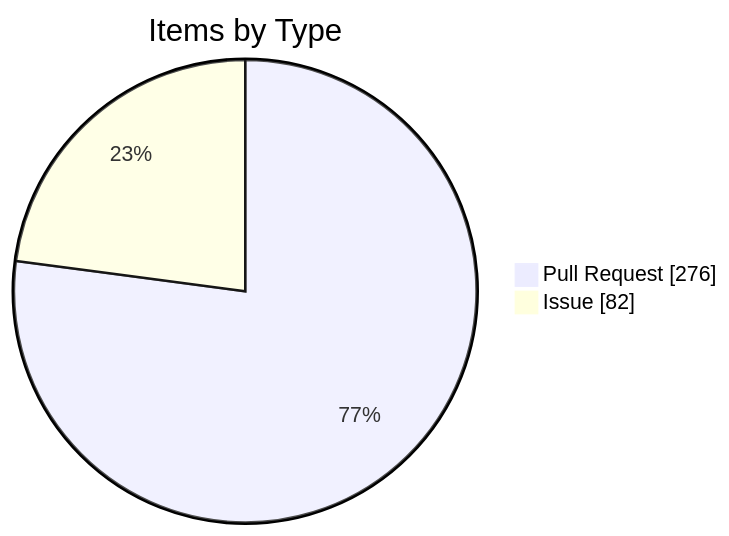
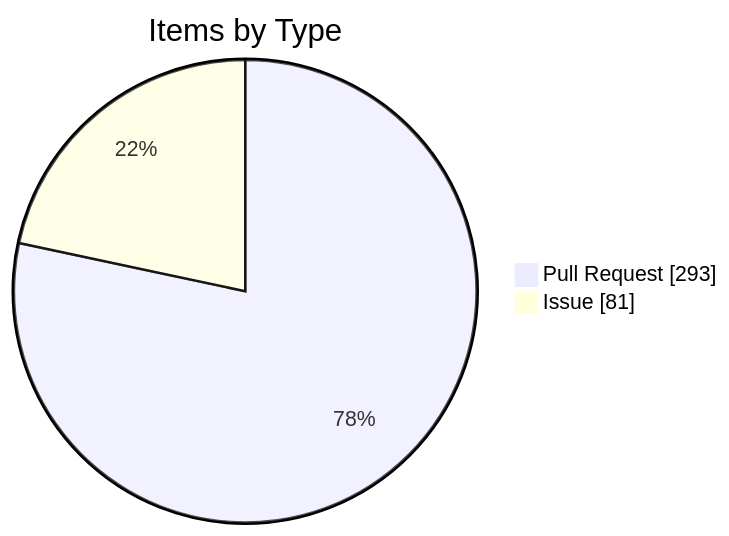
One commit to KBVE/kbve changed the fourth of 4 diagrams in apps/kbve/astro-kbve/src/content/docs/dashboard/kanban-data.mdx. Above: the diagram before and after it, drawn with Mermaid. The commit also changed other lines of this file and 8 other files, not shown here.

````diff
--- a/apps/kbve/astro-kbve/src/content/docs/dashboard/kanban-data.mdx
+++ b/apps/kbve/astro-kbve/src/content/docs/dashboard/kanban-data.mdx
@@ -116,6 +116,6 @@
 ```mermaid
 pie showData
     title Items by Type
-    "Pull Request" : 276
-    "Issue" : 82
+    "Pull Request" : 293
+    "Issue" : 81
 ```
````
